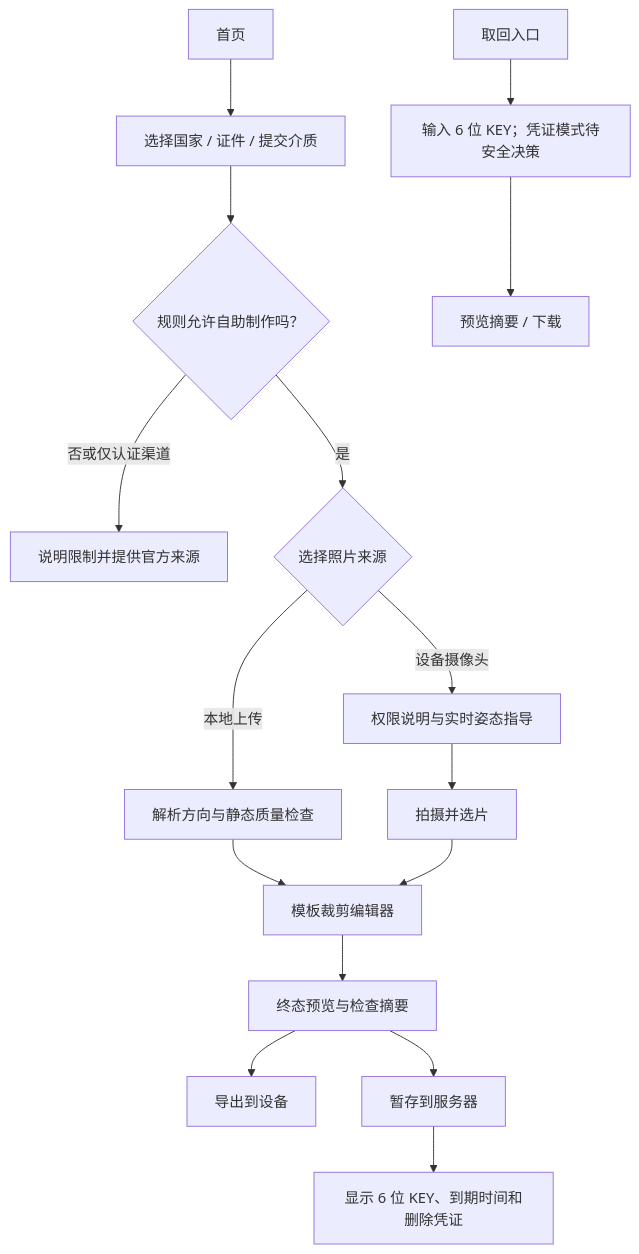
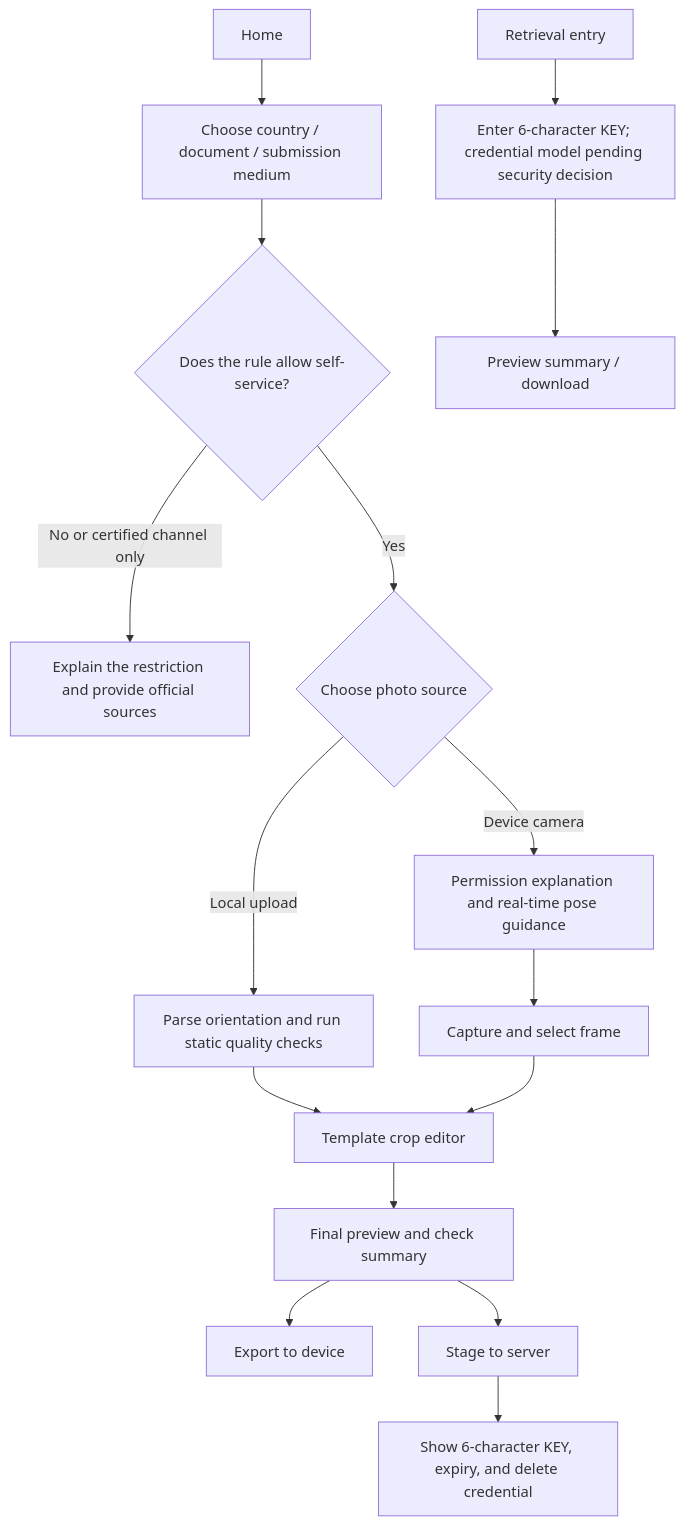
One commit to coachpo/portrait-booth changed the diagram in docs/PRODUCT.md. Above: the diagram before and after it, drawn with Mermaid. The commit also changed other lines of this file and 10 other files, not shown here.

````diff
--- a/docs/PRODUCT.md
+++ b/docs/PRODUCT.md
@@ -84,18 +140,18 @@
 ```mermaid
 flowchart TD
-  A["首页"] --> B["选择国家 / 证件 / 提交介质"]
-  B --> C{"规则允许自助制作吗？"}
-  C -->|"否或仅认证渠道"| D["说明限制并提供官方来源"]
-  C -->|"是"| E{"选择照片来源"}
-  E -->|"设备摄像头"| F["权限说明与实时姿态指导"]
-  E -->|"本地上传"| G["解析方向与静态质量检查"]
-  F --> H["拍摄并选片"]
-  G --> I["模板裁剪编辑器"]
+  A["Home"] --> B["Choose country / document / submission medium"]
+  B --> C{"Does the rule allow self-service?"}
+  C -->|"No or certified channel only"| D["Explain the restriction and provide official sources"]
+  C -->|"Yes"| E{"Choose photo source"}
+  E -->|"Device camera"| F["Permission explanation and real-time pose guidance"]
+  E -->|"Local upload"| G["Parse orientation and run static quality checks"]
+  F --> H["Capture and select frame"]
+  G --> I["Template crop editor"]
   H --> I
-  I --> J["终态预览与检查摘要"]
-  J --> K["导出到设备"]
-  J --> L["暂存到服务器"]
-  L --> M["显示 6 位 KEY、到期时间和删除凭证"]
-  N["取回入口"] --> O["输入 6 位 KEY；凭证模式待安全决策"]
-  O --> P["预览摘要 / 下载"]
+  I --> J["Final preview and check summary"]
+  J --> K["Export to device"]
+  J --> L["Stage to server"]
+  L --> M["Show 6-character KEY, expiry, and delete credential"]
+  N["Retrieval entry"] --> O["Enter 6-character KEY; credential model pending security decision"]
+  O --> P["Preview summary / download"]
 ```
````
